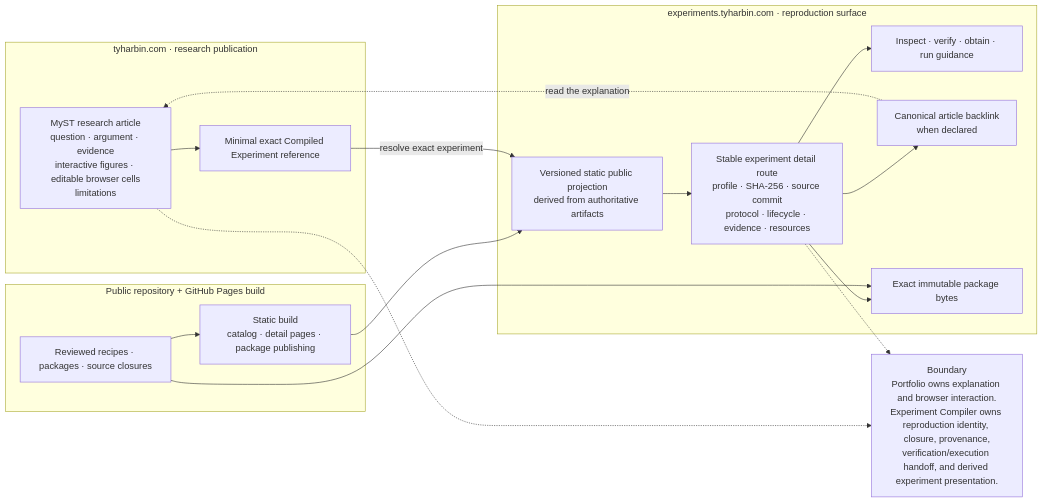
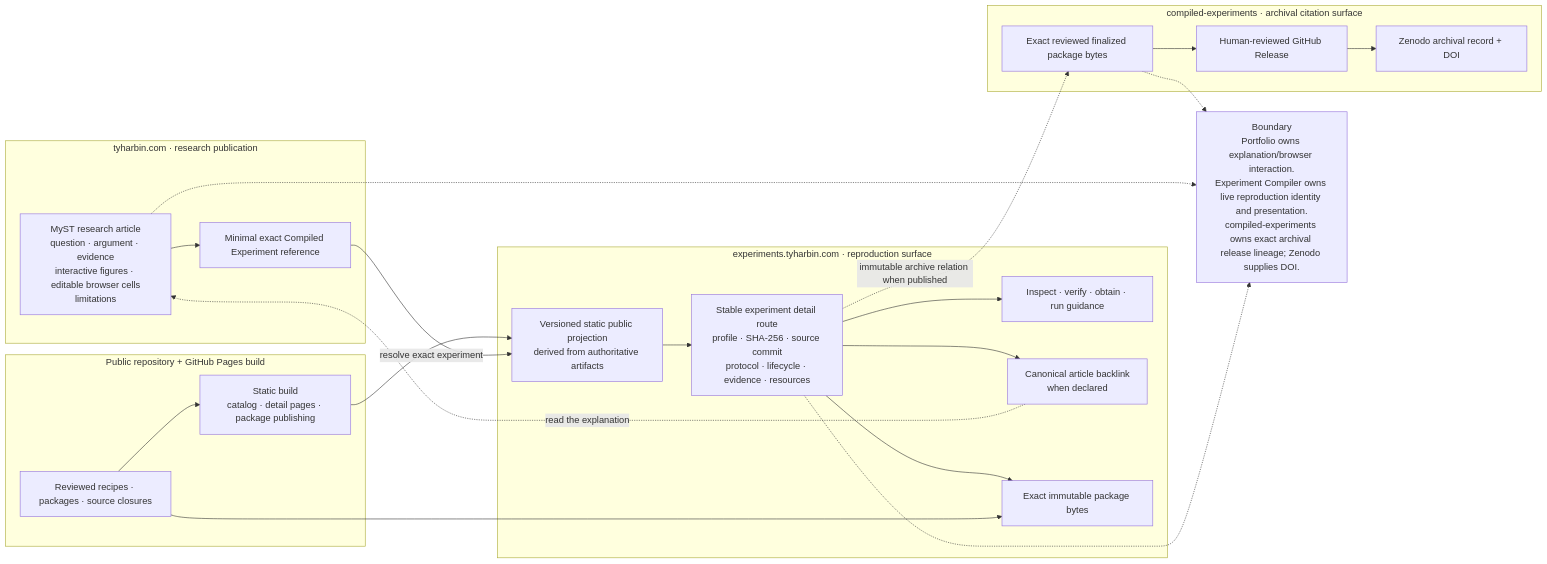
One commit to pH34r-pH/experiment-compiler changed the fifth of 5 diagrams in docs/architecture.md. Above: the diagram before and after it, drawn with Mermaid. The commit also changed other lines of this file, not shown here.

Commit message:
docs: add compiled-experiments archival layer to architecture

````diff
--- a/docs/architecture.md
+++ b/docs/architecture.md
@@ -225,34 +234,43 @@
 ```mermaid
 flowchart LR
   subgraph P["tyharbin.com · research publication"]
     ARTICLE["MyST research article<br/>question · argument · evidence<br/>interactive figures · editable browser cells<br/>limitations"]
     REF["Minimal exact Compiled Experiment reference"]
     ARTICLE --> REF
   end
 
   subgraph E["experiments.tyharbin.com · reproduction surface"]
     PROJ["Versioned static public projection<br/>derived from authoritative artifacts"]
     DETAIL["Stable experiment detail route<br/>profile · SHA-256 · source commit<br/>protocol · lifecycle · evidence · resources"]
     ACTIONS["Inspect · verify · obtain · run guidance"]
     BACK["Canonical article backlink<br/>when declared"]
     PKG["Exact immutable package bytes"]
     PROJ --> DETAIL
     DETAIL --> ACTIONS
     DETAIL --> BACK
     DETAIL --> PKG
   end
 
   subgraph G["Public repository + GitHub Pages build"]
     REC["Reviewed recipes · packages · source closures"]
     BUILD["Static build<br/>catalog · detail pages · package publishing"]
     REC --> BUILD --> PROJ
     REC --> PKG
   end
 
+  subgraph A["compiled-experiments · archival citation surface"]
+    ARC["Exact reviewed finalized package bytes"]
+    REL["Human-reviewed GitHub Release"]
+    DOI["Zenodo archival record + DOI"]
+    ARC --> REL --> DOI
+  end
+
   REF -->|"resolve exact experiment"| PROJ
   BACK -.->|"read the explanation"| ARTICLE
+  DETAIL -.->|"immutable archive relation when published"| ARC
 
-  RULE["Boundary<br/>Portfolio owns explanation and browser interaction.<br/>Experiment Compiler owns reproduction identity, closure, provenance,<br/>verification/execution handoff, and derived experiment presentation."]
+  RULE["Boundary<br/>Portfolio owns explanation/browser interaction.<br/>Experiment Compiler owns live reproduction identity and presentation.<br/>compiled-experiments owns exact archival release lineage; Zenodo supplies DOI."]
   ARTICLE -.-> RULE
   DETAIL -.-> RULE
+  ARC -.-> RULE
 ```
````
